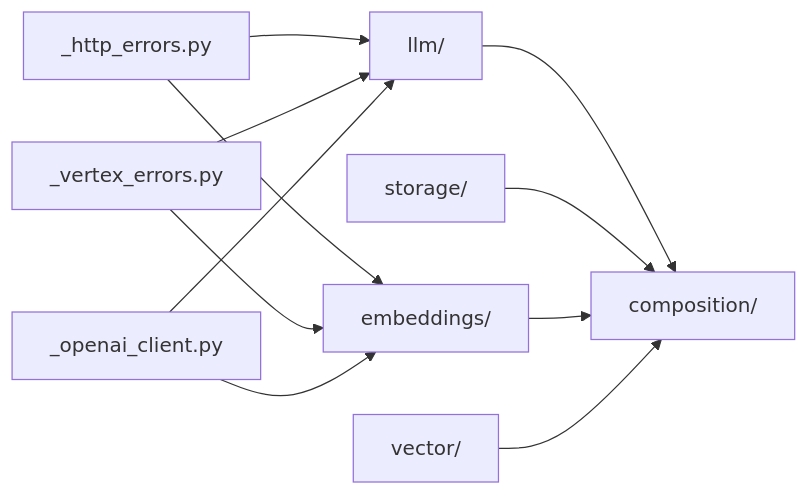
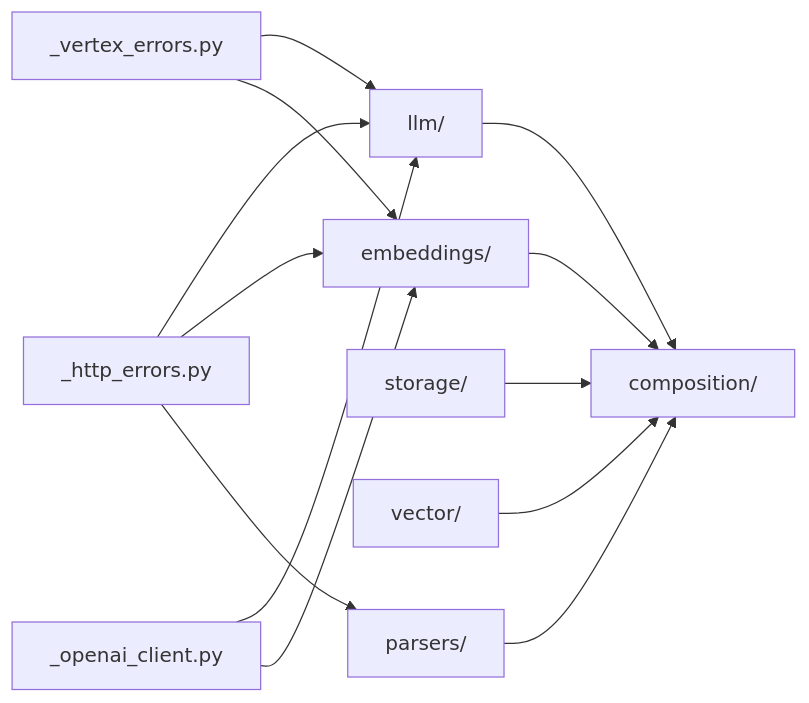
The diagram in src/mangomas/adapters/CLAUDE.md (Mango-Metrics-NLM/MangoMas_V2), drawn with Mermaid before and after one commit. The commit also changed other lines of this file and 22 other files, not shown here.

````diff
--- a/src/mangomas/adapters/CLAUDE.md
+++ b/src/mangomas/adapters/CLAUDE.md
@@ -16,13 +16,15 @@
 ```mermaid
 flowchart LR
   http["_http_errors.py"] --> llm["llm/"]
   http --> emb["embeddings/"]
   vertexerr["_vertex_errors.py"] --> llm
   vertexerr --> emb
   openai["_openai_client.py"] --> llm
   openai --> emb
   llm --> comp["composition/"]
   storage["storage/"] --> comp
   emb --> comp
   vector["vector/"] --> comp
+  http --> parsers["parsers/"]
+  parsers --> comp
 ```
````
